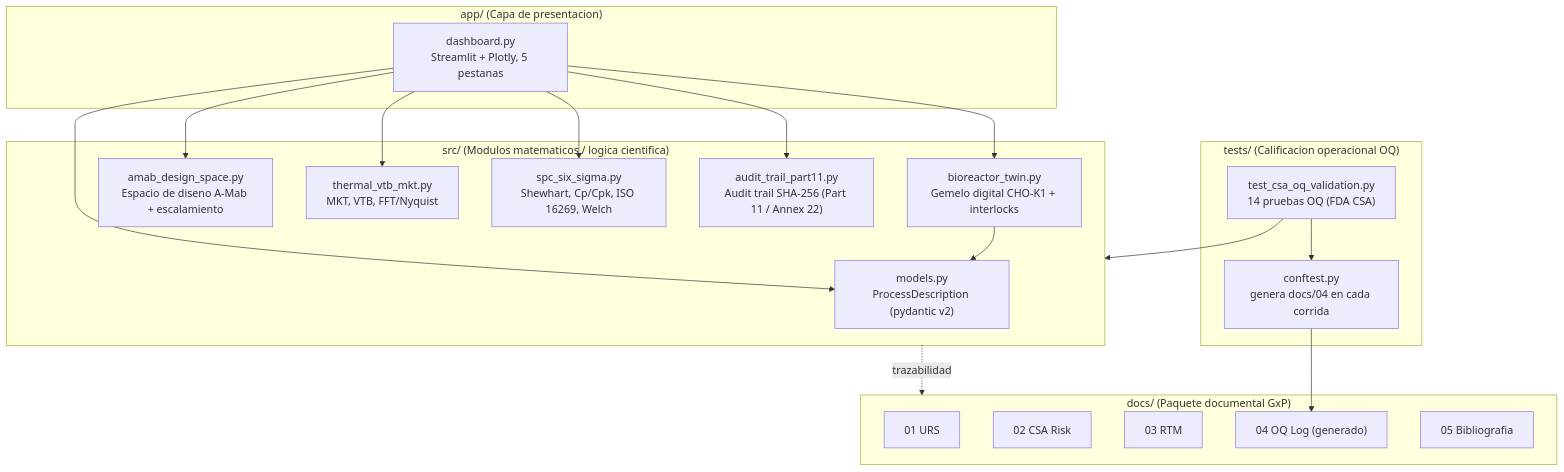
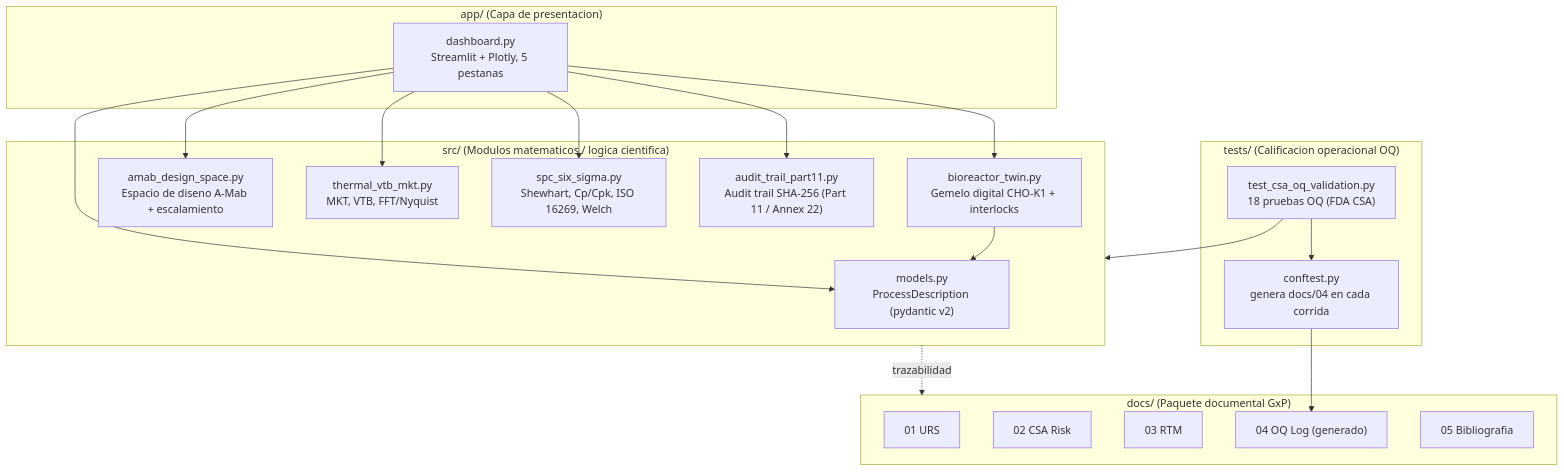
One commit to alehernann/bioprocesos-PROJECT changed the diagram in README.md. Above: the diagram before and after it, drawn with Mermaid. The commit also changed other lines of this file and 10 other files, not shown here.

````diff
--- a/README.md
+++ b/README.md
@@ -23,41 +23,41 @@
 ```mermaid
 flowchart TD
     subgraph app["app/ (Capa de presentacion)"]
         DASH["dashboard.py\nStreamlit + Plotly, 5 pestanas"]
     end
 
     subgraph src["src/ (Modulos matematicos / logica cientifica)"]
         MODELS["models.py\nProcessDescription (pydantic v2)"]
         TWIN["bioreactor_twin.py\nGemelo digital CHO-K1 + interlocks"]
         AMAB["amab_design_space.py\nEspacio de diseno A-Mab + escalamiento"]
         THERMAL["thermal_vtb_mkt.py\nMKT, VTB, FFT/Nyquist"]
         SPC["spc_six_sigma.py\nShewhart, Cp/Cpk, ISO 16269, Welch"]
         AUDIT["audit_trail_part11.py\nAudit trail SHA-256 (Part 11 / Annex 22)"]
     end
 
     subgraph tests["tests/ (Calificacion operacional OQ)"]
         CONF["conftest.py\ngenera docs/04 en cada corrida"]
-        TOQ["test_csa_oq_validation.py\n14 pruebas OQ (FDA CSA)"]
+        TOQ["test_csa_oq_validation.py\n18 pruebas OQ (FDA CSA)"]
     end
 
     subgraph docs["docs/ (Paquete documental GxP)"]
         D1["01 URS"]
         D2["02 CSA Risk"]
         D3["03 RTM"]
         D4["04 OQ Log (generado)"]
         D5["05 Bibliografia"]
     end
 
     DASH --> MODELS
     DASH --> TWIN
     DASH --> AMAB
     DASH --> THERMAL
     DASH --> SPC
     DASH --> AUDIT
 
     TWIN --> MODELS
     TOQ --> src
     CONF --> D4
     TOQ --> CONF
     src -. trazabilidad .-> docs
 ```
````
